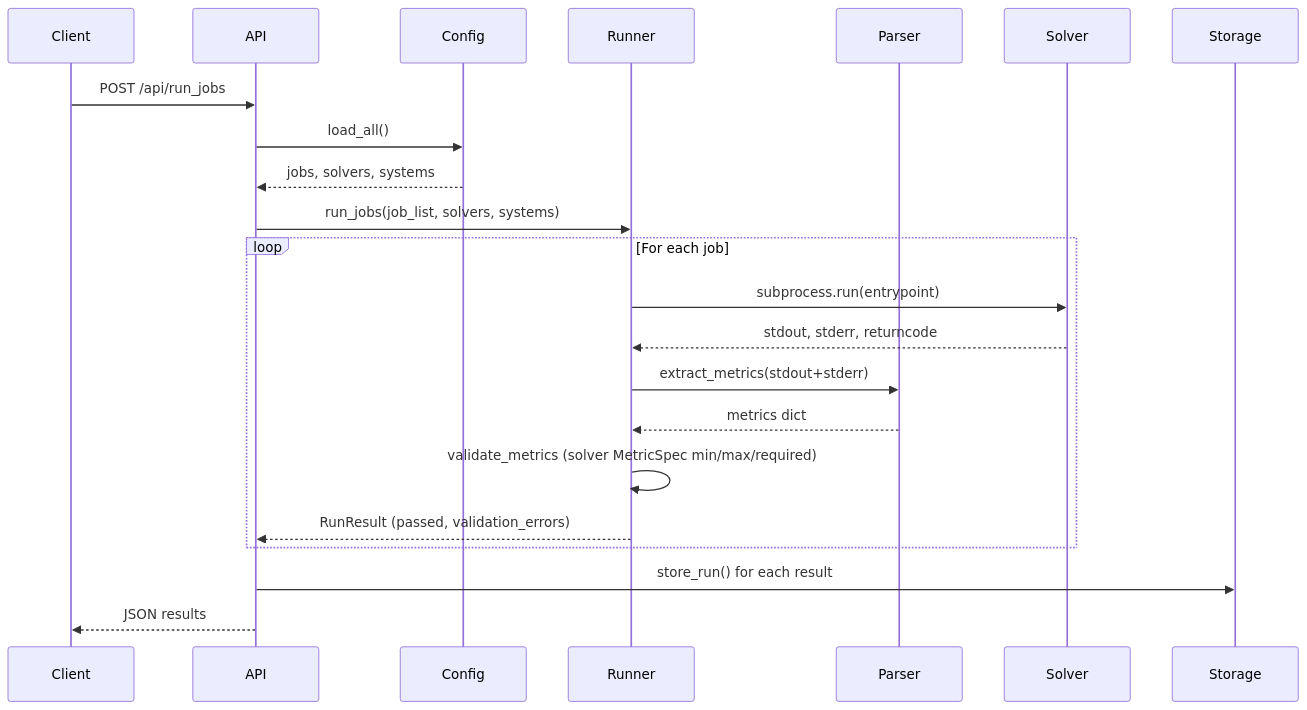
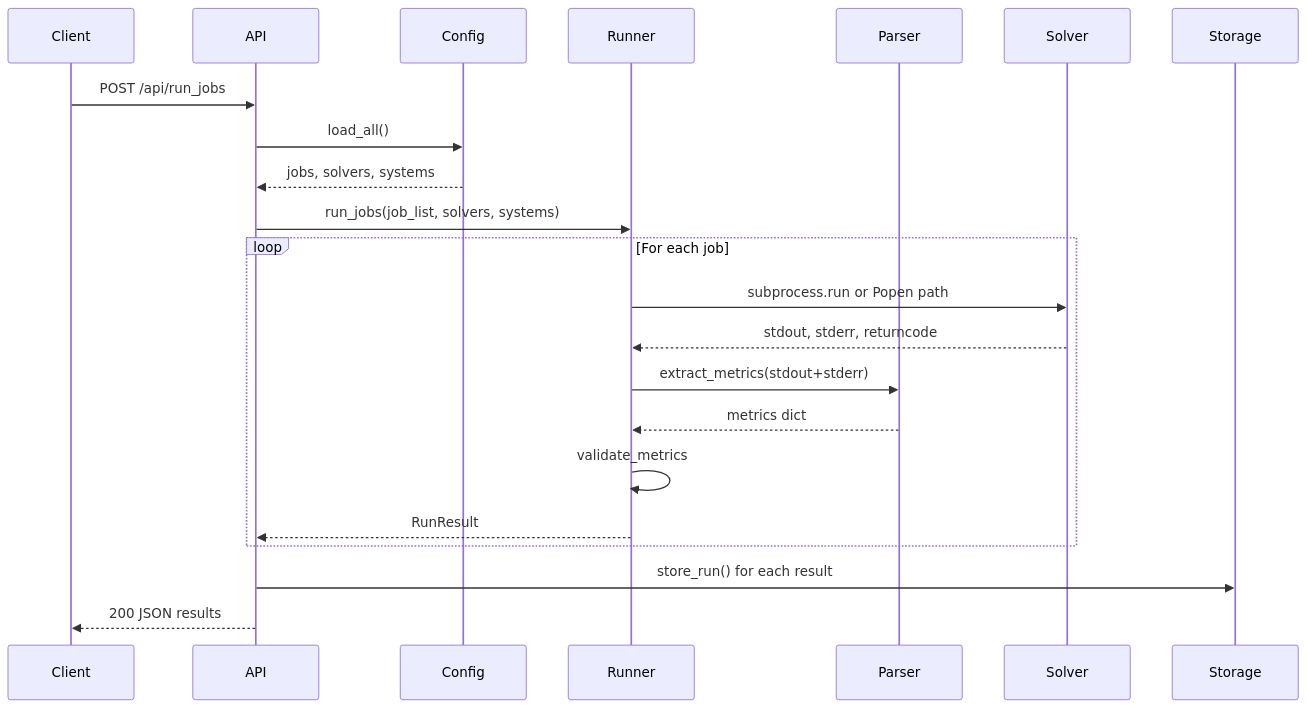
One commit to fractalclockwork/hpc-runner changed the second of 3 diagrams in docs/architecture.md. Above: the diagram before and after it, drawn with Mermaid. The commit also changed other lines of this file and 24 other files, not shown here.

````diff
--- a/docs/architecture.md
+++ b/docs/architecture.md
@@ -78,24 +84,24 @@
 ```mermaid
 sequenceDiagram
     participant Client
     participant API
     participant Config
     participant Runner
     participant Parser
     participant Solver
     participant Storage
     Client->>API: POST /api/run_jobs
     API->>Config: load_all()
     Config-->>API: jobs, solvers, systems
     API->>Runner: run_jobs(job_list, solvers, systems)
     loop For each job
-        Runner->>Solver: subprocess.run(entrypoint)
+        Runner->>Solver: subprocess.run or Popen path
         Solver-->>Runner: stdout, stderr, returncode
         Runner->>Parser: extract_metrics(stdout+stderr)
         Parser-->>Runner: metrics dict
-        Runner->>Runner: validate_metrics (solver MetricSpec min/max/required)
-        Runner-->>API: RunResult (passed, validation_errors)
+        Runner->>Runner: validate_metrics
+        Runner-->>API: RunResult
     end
     API->>Storage: store_run() for each result
-    API-->>Client: JSON results
+    API-->>Client: 200 JSON results
 ```
````
